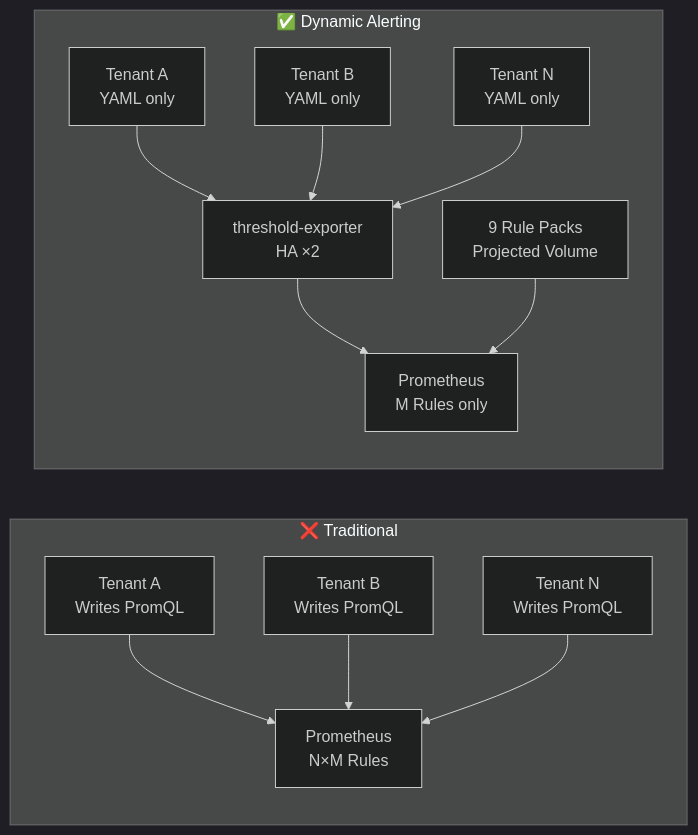
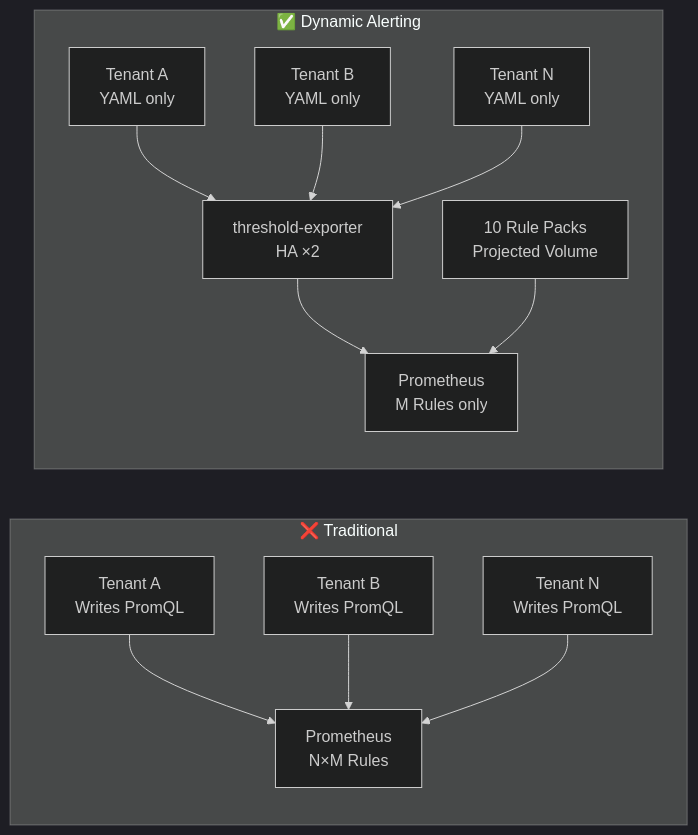
One commit to vencil/Dynamic-Alerting-Integrations changed the first of 2 diagrams in README.en.md. Above: the diagram before and after it, drawn with Mermaid (dark theme). The commit also changed other lines of this file and 26 other files, not shown here.

````diff
--- a/README.en.md
+++ b/README.en.md
@@ -155,16 +155,16 @@
 ```mermaid
 graph LR
     subgraph "❌ Traditional"
         T1_old[Tenant A<br>Writes PromQL] --> P_old[Prometheus<br>N×M Rules]
         T2_old[Tenant B<br>Writes PromQL] --> P_old
         TN_old[Tenant N<br>Writes PromQL] --> P_old
     end
 
     subgraph "✅ Dynamic Alerting"
         T1_new[Tenant A<br>YAML only] --> TE[threshold-exporter<br>HA ×2]
         T2_new[Tenant B<br>YAML only] --> TE
         TN_new[Tenant N<br>YAML only] --> TE
         TE --> P_new[Prometheus<br>M Rules only]
-        RP[9 Rule Packs<br>Projected Volume] --> P_new
+        RP[10 Rule Packs<br>Projected Volume] --> P_new
     end
 ```
````
